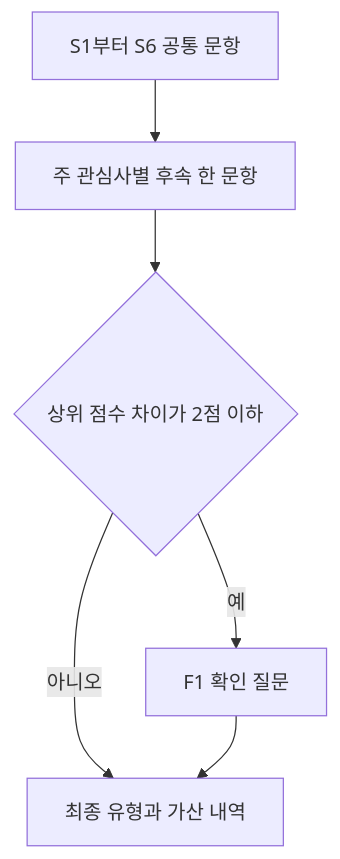
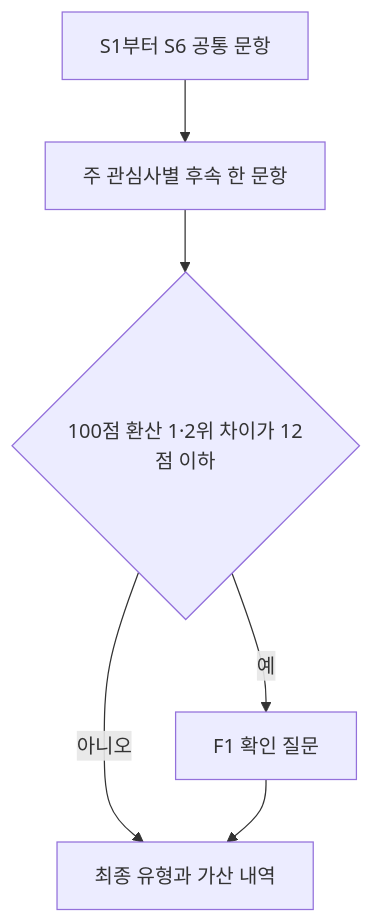
Before and after one commit to TourLabOrganization/Data-Analytics: the diagram in survey/Tour_Navigator_Branching_Questionnaire.md, drawn with Mermaid. The commit also changed other lines of this file and 35 other files, not shown here.

````diff
--- a/survey/Tour_Navigator_Branching_Questionnaire.md
+++ b/survey/Tour_Navigator_Branching_Questionnaire.md
@@ -11,8 +11,8 @@
 ```mermaid
 flowchart TD
   A["S1부터 S6 공통 문항"] --> B["주 관심사별 후속 한 문항"]
-  B --> C{"상위 점수 차이가 2점 이하"}
+  B --> C{"100점 환산 1·2위 차이가 12점 이하"}
   C -->|예| D["F1 확인 질문"]
   C -->|아니오| E["최종 유형과 가산 내역"]
   D --> E
 ```
````
